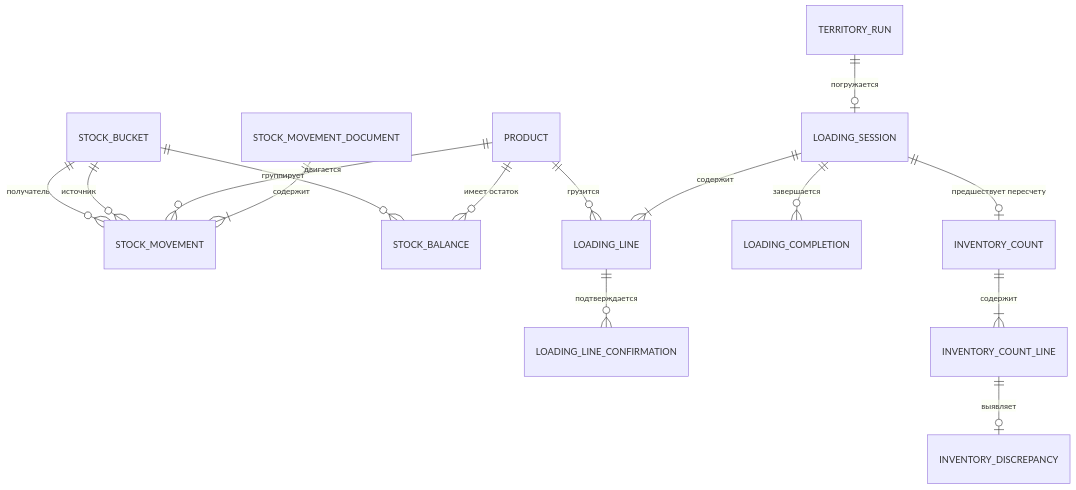
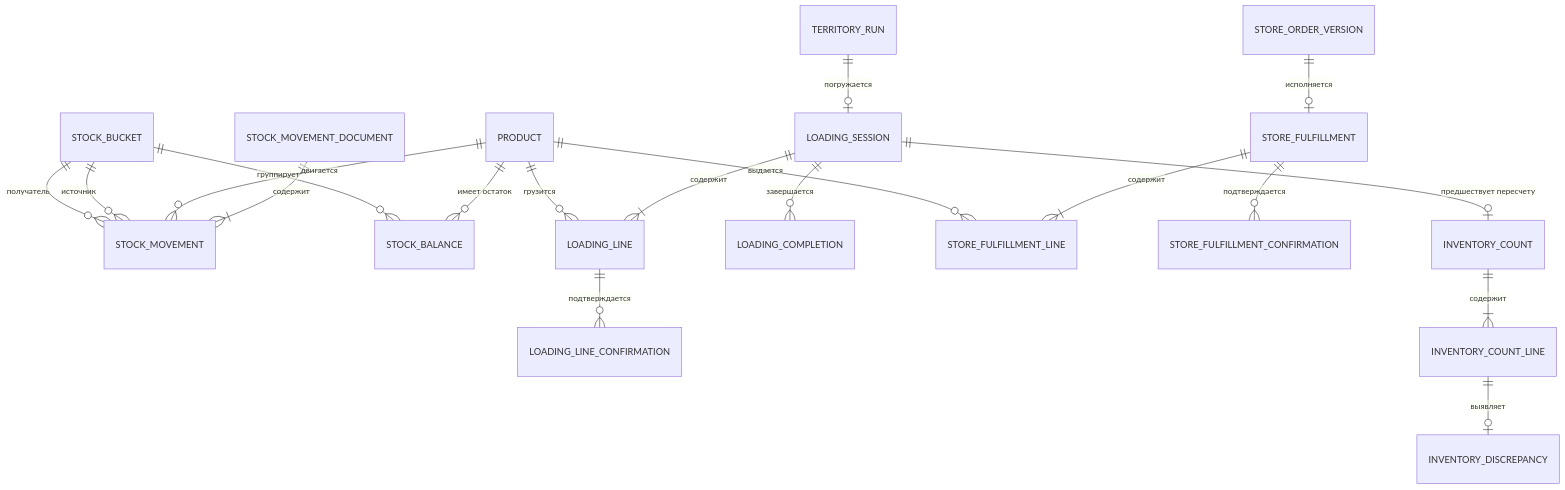
The fourth of 5 diagrams in docs/ER_MODEL.md (movsark/tashkalinskaya-control), drawn with Mermaid before and after one commit. The commit also changed other lines of this file and 8 other files, not shown here.

Commit message:
docs: define factory store order and handover (#4)

````diff
--- a/docs/ER_MODEL.md
+++ b/docs/ER_MODEL.md
@@ -131,17 +135,21 @@
 ```mermaid
 erDiagram
     STOCK_MOVEMENT_DOCUMENT ||--|{ STOCK_MOVEMENT : "содержит"
     PRODUCT ||--o{ STOCK_MOVEMENT : "двигается"
     STOCK_BUCKET ||--o{ STOCK_MOVEMENT : "источник"
     STOCK_BUCKET ||--o{ STOCK_MOVEMENT : "получатель"
     PRODUCT ||--o{ STOCK_BALANCE : "имеет остаток"
     STOCK_BUCKET ||--o{ STOCK_BALANCE : "группирует"
     TERRITORY_RUN ||--o| LOADING_SESSION : "погружается"
     LOADING_SESSION ||--|{ LOADING_LINE : "содержит"
     PRODUCT ||--o{ LOADING_LINE : "грузится"
     LOADING_LINE ||--o{ LOADING_LINE_CONFIRMATION : "подтверждается"
     LOADING_SESSION ||--o{ LOADING_COMPLETION : "завершается"
+    STORE_ORDER_VERSION ||--o| STORE_FULFILLMENT : "исполняется"
+    STORE_FULFILLMENT ||--|{ STORE_FULFILLMENT_LINE : "содержит"
+    STORE_FULFILLMENT ||--o{ STORE_FULFILLMENT_CONFIRMATION : "подтверждается"
+    PRODUCT ||--o{ STORE_FULFILLMENT_LINE : "выдается"
     LOADING_SESSION ||--o| INVENTORY_COUNT : "предшествует пересчету"
     INVENTORY_COUNT ||--|{ INVENTORY_COUNT_LINE : "содержит"
     INVENTORY_COUNT_LINE ||--o| INVENTORY_DISCREPANCY : "выявляет"
 ```
````
